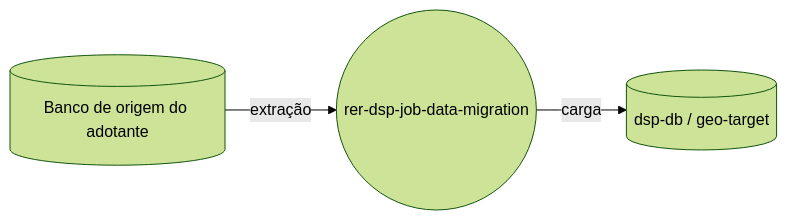
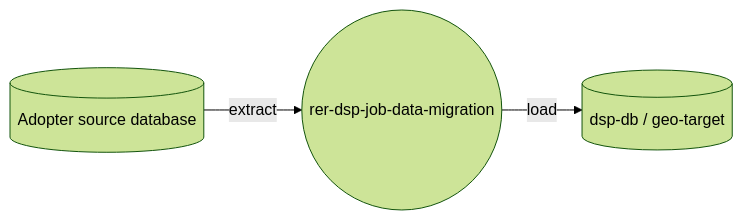
Before and after one commit to kleber-albino/rer-dsp-job-data-migration: the diagram in README.md, drawn with Mermaid (forest theme). The commit also changed other lines of this file, not shown here.

````diff
--- a/README.md
+++ b/README.md
@@ -9,9 +9,9 @@
 ```mermaid
 flowchart LR
-    Source[(Banco de origem do adotante)]
+    Source[(Adopter source database)]
     Job((rer-dsp-job-data-migration))
     Target[(dsp-db / geo-target)]
 
-    Source -- extração --> Job
-    Job -- carga --> Target
+    Source -- extract --> Job
+    Job -- load --> Target
 ```
````
